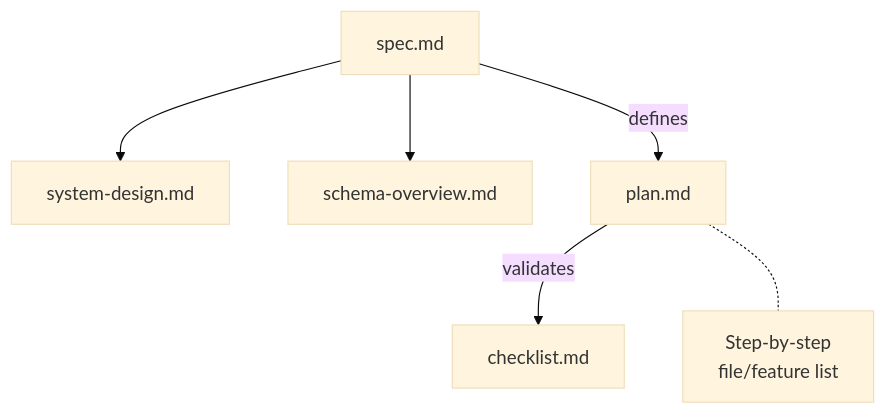
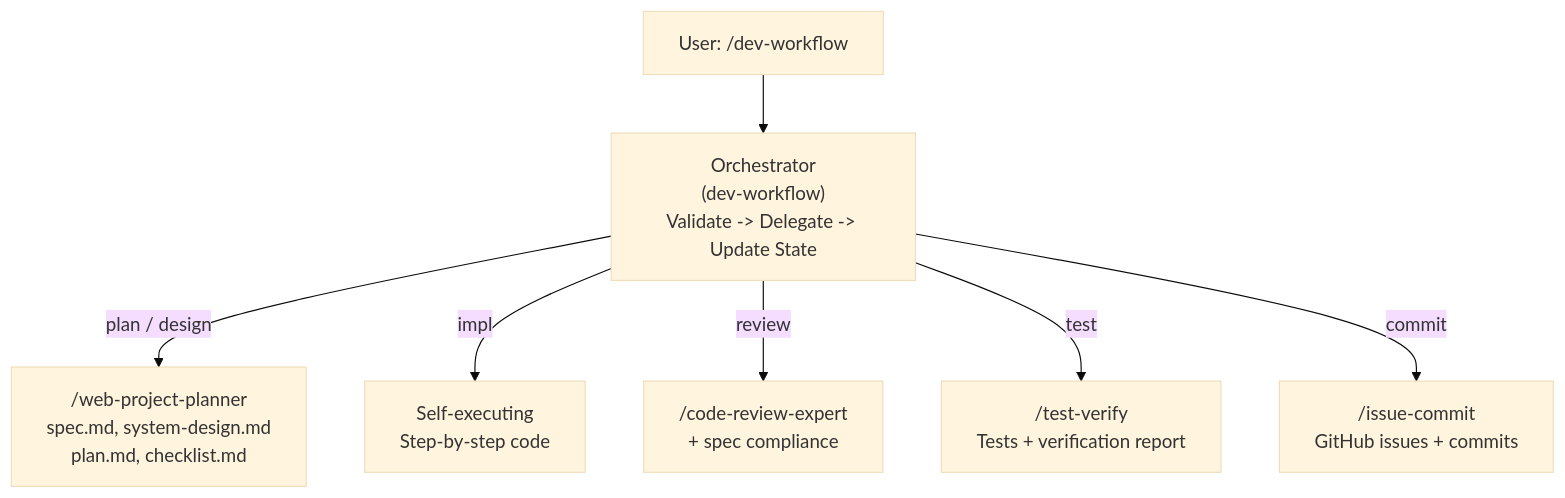
The second of 2 diagrams in README.md (jrkim-kr/ai-dev-workflow), drawn with Mermaid (base theme) before and after one commit. The commit also changed other lines of this file and 1 other file, not shown here.

First line of the commit message:
refactor: streamline README and sync issue-commit skill

````diff
--- a/README.md
+++ b/README.md
@@ -274,14 +78,13 @@
 ```mermaid
 flowchart TD
-    spec["spec.md"]
-    sysdesign["system-design.md"]
-    schema["schema-overview.md"]
-    plan["plan.md"]
-    checklist["checklist.md"]
+    User["User: /dev-workflow"]
+    Orch["Orchestrator<br/>(dev-workflow)<br/>Validate -> Delegate -> Update State"]
 
-    spec -- "defines" --> plan
-    spec --> sysdesign
-    spec --> schema
-    plan -- "validates" --> checklist
-    plan -.- stepfiles["Step-by-step<br/>file/feature list"]
+    User --> Orch
+
+    Orch -->|"plan / design"| WPP["/web-project-planner<br/>spec.md, system-design.md<br/>plan.md, checklist.md"]
+    Orch -->|"impl"| Self["Self-executing<br/>Step-by-step code"]
+    Orch -->|"review"| CRE["/code-review-expert<br/>+ spec compliance"]
+    Orch -->|"test"| TV["/test-verify<br/>Tests + verification report"]
+    Orch -->|"commit"| IC["/issue-commit<br/>GitHub issues + commits"]
 ```
````
